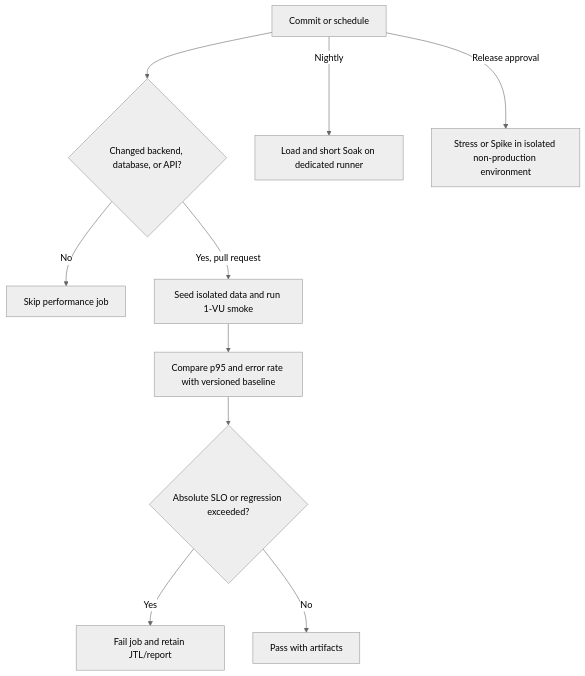
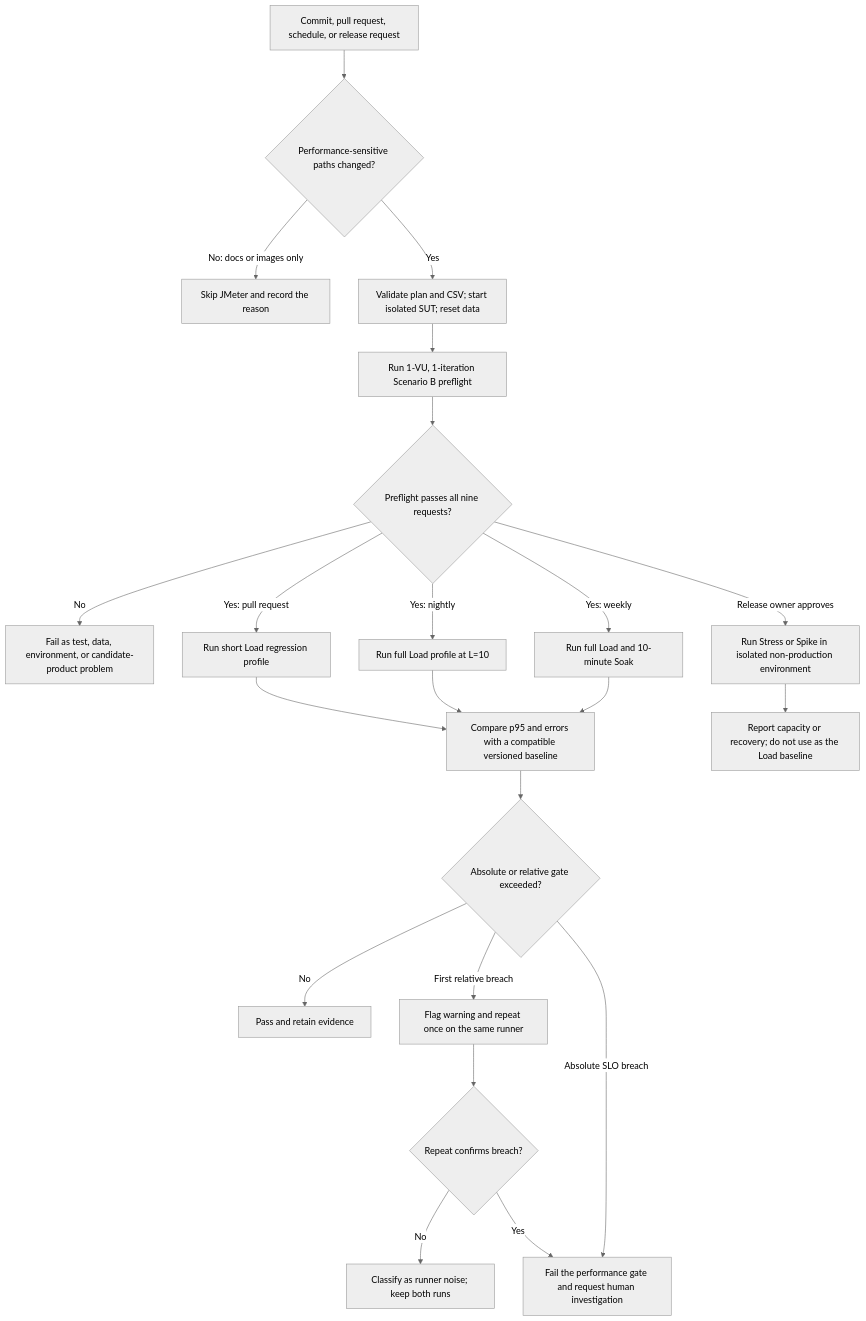
One commit to tnnhuaa/eshop-sut changed the diagram in docs/continuous-performance-pipeline.md. Above: the diagram before and after it, drawn with Mermaid (neutral theme). The commit also changed other lines of this file and 3 other files, not shown here.

````diff
--- a/docs/continuous-performance-pipeline.md
+++ b/docs/continuous-performance-pipeline.md
@@ -5,12 +22,24 @@
 ```mermaid
 flowchart TD
-    A[Commit or schedule] --> B{Changed backend, database, or API?}
-    B -->|No| C[Skip performance job]
-    B -->|Yes, pull request| D[Seed isolated data and run 1-VU smoke]
-    D --> E[Compare p95 and error rate with versioned baseline]
-    E --> F{Absolute SLO or regression exceeded?}
-    F -->|Yes| G[Fail job and retain JTL/report]
-    F -->|No| H[Pass with artifacts]
-    A -->|Nightly| I[Load and short Soak on dedicated runner]
-    A -->|Release approval| J[Stress or Spike in isolated non-production environment]
+    A["Commit, pull request, schedule, or release request"] --> B{"Performance-sensitive paths changed?"}
+    B -->|"No: docs or images only"| C["Skip JMeter and record the reason"]
+    B -->|"Yes"| D["Validate plan and CSV; start isolated SUT; reset data"]
+    D --> E["Run 1-VU, 1-iteration Scenario B preflight"]
+    E --> F{"Preflight passes all nine requests?"}
+    F -->|"No"| G["Fail as test, data, environment, or candidate-product problem"]
+    F -->|"Yes: pull request"| H["Run short Load regression profile"]
+    F -->|"Yes: nightly"| I["Run full Load profile at L=10"]
+    F -->|"Yes: weekly"| J["Run full Load and 10-minute Soak"]
+    F -->|"Release owner approves"| K["Run Stress or Spike in isolated non-production environment"]
+    H --> L["Compare p95 and errors with a compatible versioned baseline"]
+    I --> L
+    J --> L
+    K --> M["Report capacity or recovery; do not use as the Load baseline"]
+    L --> N{"Absolute or relative gate exceeded?"}
+    N -->|"No"| O["Pass and retain evidence"]
+    N -->|"First relative breach"| P["Flag warning and repeat once on the same runner"]
+    P --> Q{"Repeat confirms breach?"}
+    Q -->|"No"| R["Classify as runner noise; keep both runs"]
+    Q -->|"Yes"| S["Fail the performance gate and request human investigation"]
+    N -->|"Absolute SLO breach"| S
 ```
````
